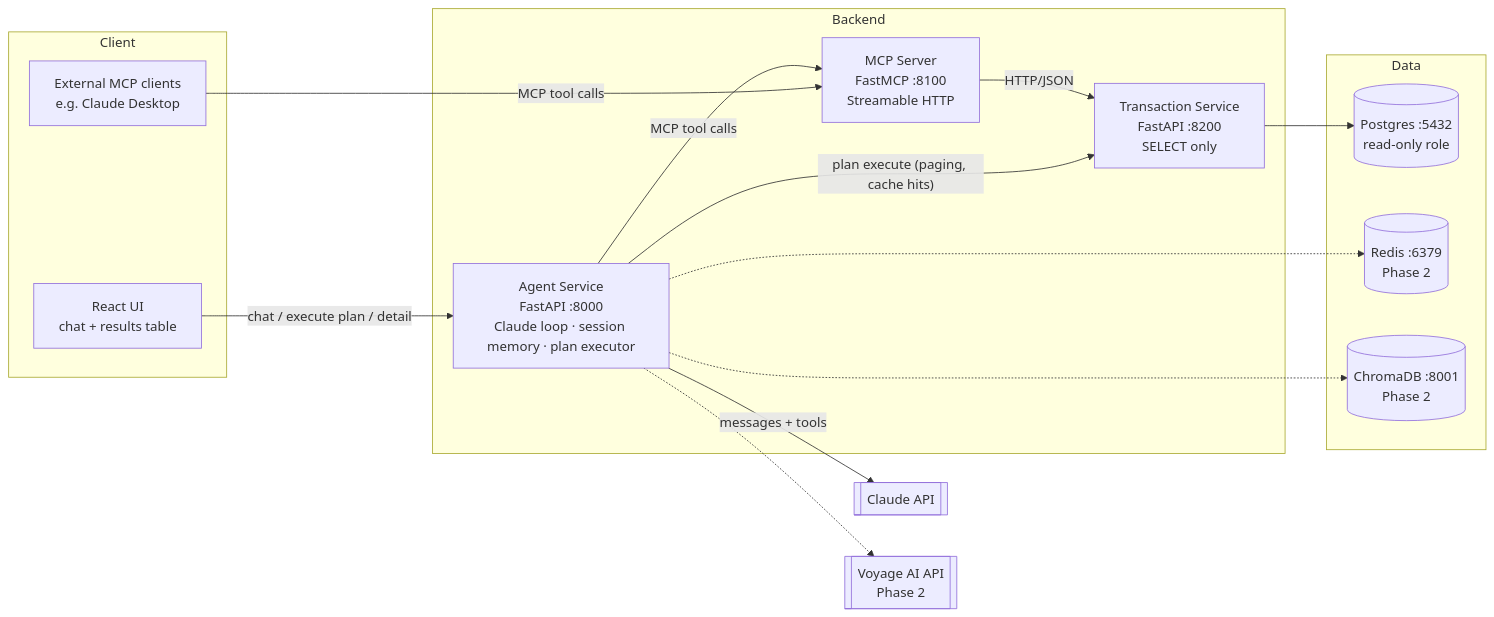
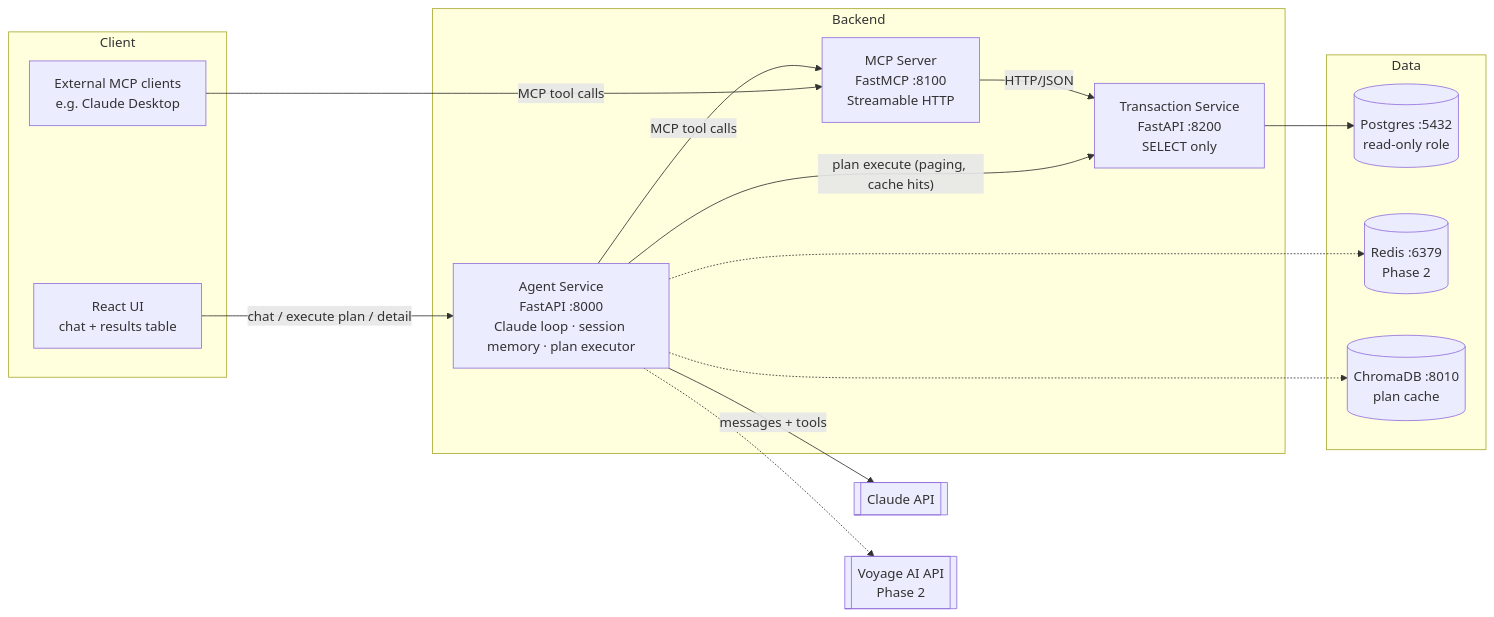
Before and after one commit to sushmakoulgi/Transaction-Dashboard-Agent: the first of 4 diagrams in docs/HLD.md, drawn with Mermaid. The commit also changed 8 other files, not shown here.

First line of the commit message:
Plan cache: Chroma in the stack and ChromaPlanStore (P2a-4)

````diff
--- a/docs/HLD.md
+++ b/docs/HLD.md
@@ -48,33 +48,33 @@
 ```mermaid
 flowchart LR
     subgraph Client
         UI[React UI<br/>chat + results table]
         EXT[External MCP clients<br/>e.g. Claude Desktop]
     end
 
     subgraph Backend
         AG[Agent Service<br/>FastAPI :8000<br/>Claude loop · session memory · plan executor]
         MCP[MCP Server<br/>FastMCP :8100<br/>Streamable HTTP]
         TS[Transaction Service<br/>FastAPI :8200<br/>SELECT only]
     end
 
     subgraph Data
         PG[(Postgres :5432<br/>read-only role)]
         RD[(Redis :6379<br/>Phase 2)]
-        CH[(ChromaDB :8001<br/>Phase 2)]
+        CH[(ChromaDB :8010<br/>plan cache)]
     end
 
     CL[[Claude API]]
     VO[[Voyage AI API<br/>Phase 2]]
 
     UI -- "chat / execute plan / detail" --> AG
     AG -- "messages + tools" --> CL
     AG -- "MCP tool calls" --> MCP
     EXT -- "MCP tool calls" --> MCP
     MCP -- "HTTP/JSON" --> TS
     AG -- "plan execute (paging, cache hits)" --> TS
     TS --> PG
     AG -.-> RD
     AG -.-> CH
     AG -.-> VO
 ```
````
